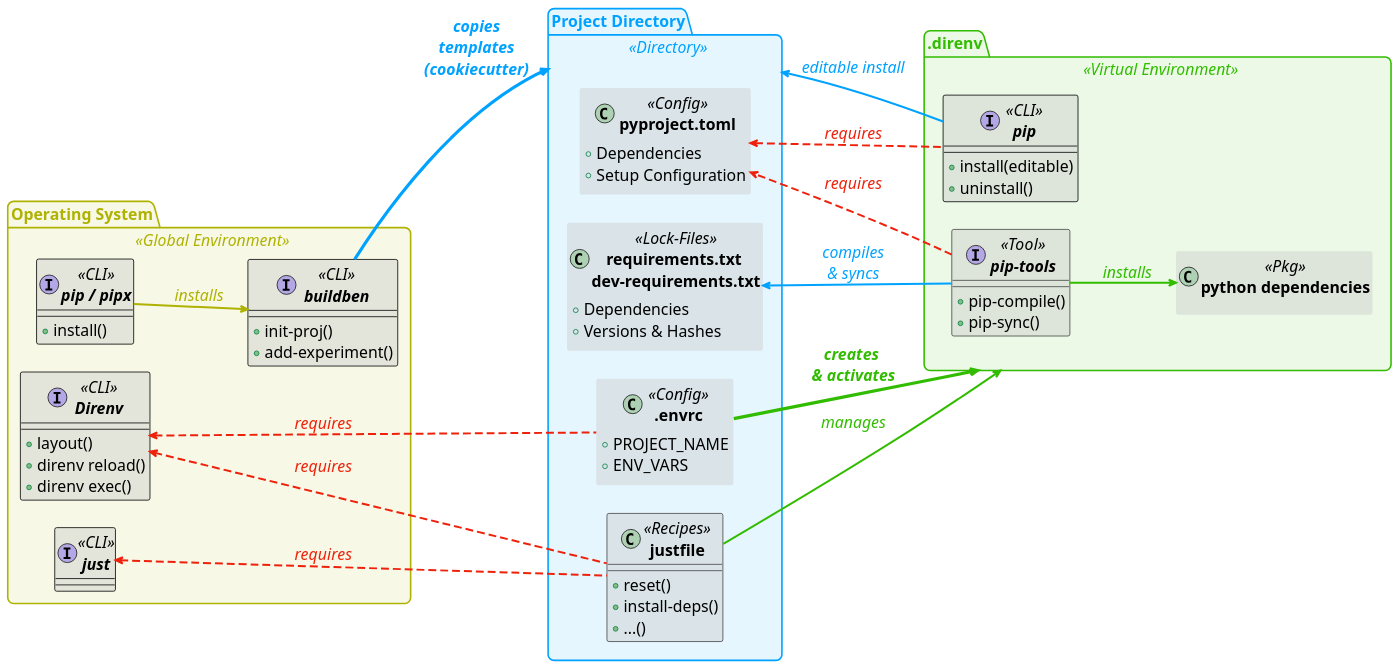
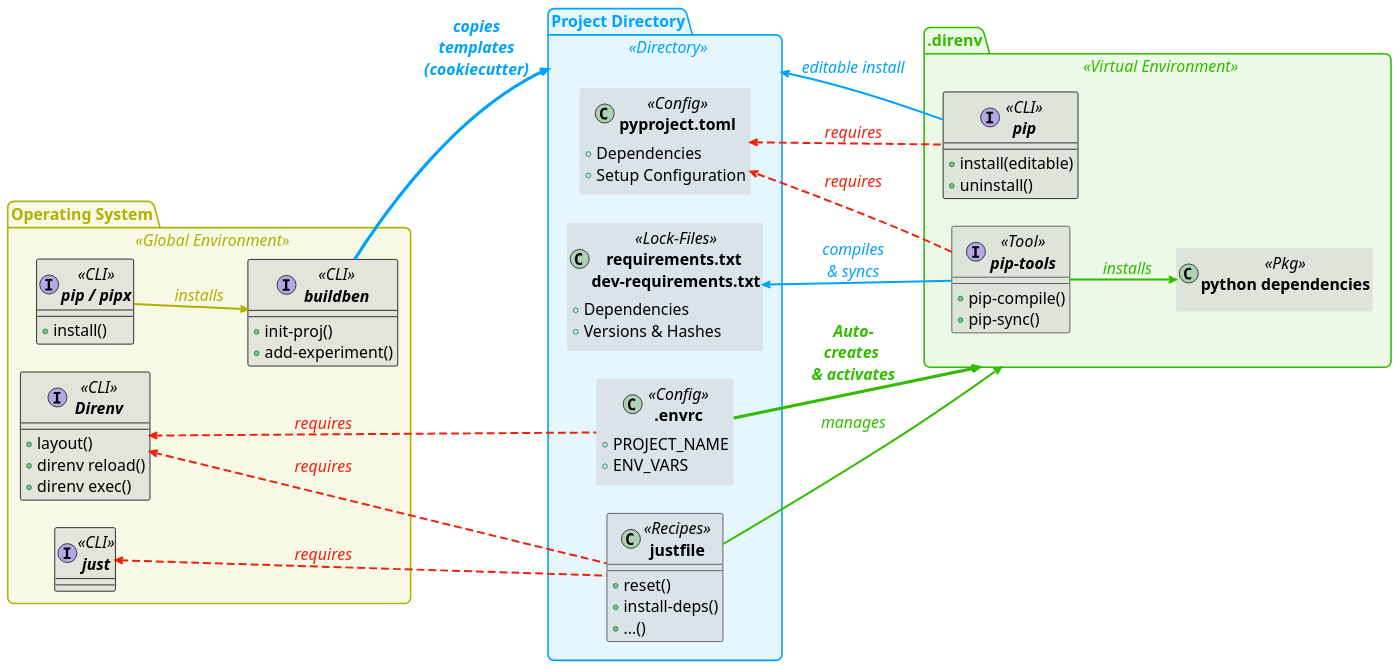
The diagram in assets/figures/diagram.puml (HisQu/buildben), drawn with PlantUML before and after one commit. The commit also changed 6 other files, not shown here.

Commit message:
Updatedsimple figure with new color scheme

```diff
--- a/assets/figures/diagram.puml
+++ b/assets/figures/diagram.puml
@@ -1,183 +1,183 @@
 @startuml
 left to right direction
 ' top to bottom direction
 
 ' === Global look & feel =============
 skinparam defaultFontSize 20
 ' skinparam BackgroundColor #00000010
 skinparam BackgroundColor transparent
 
 ' ======================================
 skinparam package {
     RoundCorner 15
     BorderThickness 2
     ' BackgroundColor #00A2FF19
     ' BorderColor #00A2FF
     ' FontColor   #00A2FF
 }
 skinparam package<<Global Environment>> {
     BackgroundColor #afb20019
     BorderColor #afb200ff
     FontColor   #afb200ff
 }
 skinparam package<<Virtual Environment>>{
     BackgroundColor #32bc0019
     BorderColor #32bc00ff
     FontColor   #32bc00ff
 }
 skinparam package<<Directory>> {
     BackgroundColor #00A2FF19
     BorderColor #00A2FF
     FontColor   #00A2FF
 }
 
 ' ======================================
 skinparam class {
     BackgroundColor #cccccc77
     BorderColor     #444444
     BorderThickness 1
     FontStyle bold
     RoundCorner 15
 }
 skinparam class<<CLI>> {
     BorderColor     #000000
 }
-skinparam class<<Config>><<Pkg>><<Lock-Files>> {
+skinparam class<<Config>><<Pkg>><<Lock-Files>><<File>><<Lock-File>> {
     BorderColor     #000000
     BorderThickness 0
 }
 
 ' =====================================================================
 
 
 
 
 ' === Package: Global Environment =============
 package "Operating System" as GE <<Global Environment>> {
 
     interface "buildben"      as B   <<CLI>>{
         +init-proj()
         +add-experiment()
     }
     interface "pip / pipx"    as PIP <<CLI>>{
         +install()
     }
     
     interface "just"          as J   <<CLI>>
     interface "Direnv"        as D   <<CLI>>{
         +layout()
         +direnv reload()
         +direnv exec()
     }
     
 }
 
 ' === Package: Project Directory =============
 package "Project Directory" as PDIR <<Directory>> {
 
     class "pyproject.toml"                          as PPRT <<Config>> {
         +Dependencies
         +Setup Configuration
     }
     
     class "justfile"                                as JF  <<Recipes>> {
         +reset()
         +install-deps()
         +...()
     }
     
     class ".envrc"                                  as ERC  <<Config>>{
         +PROJECT_NAME
         +ENV_VARS
     }
     
     class "requirements.txt \ndev-requirements.txt" as RE   <<Lock-Files>> {
         +Dependencies
         +Versions & Hashes
     }
 }
 
 ' === Package: Virtual Environment =============
 package ".direnv" as VENV <<Virtual Environment>> {
     interface "pip-tools"               as PT  <<Tool>>{
         +pip-compile()
         +pip-sync()
     }
     class "python dependencies"     as PD  <<Pkg>>
     ' VE o-- PD : contains
     
     interface "pip"                     as PIPvenv <<CLI>> {
         +install(editable)
         +uninstall()
     }
 }
 
 
 ' =====================================================================
 
 ' === Straight Arrows =============
 
 <style>
 arrow {
     LineThickness 2.5
     FontStyle italic
     LineColor #afb200ff
     FontColor   #afb200ff
 }
 
 </style>
 
 PIP --> B : installs
 
 ' =========================
 
 <style>
 arrow {
     LineColor #00A2FF
     FontColor #00A2FF
 }
 </style>
 
 ' PT --> PD <<test>> : installs 
 B -[thickness=4]-> PDIR : **copies**\n**templates**\n**(cookiecutter)** 
 PT  --> RE : compiles\n& syncs
 PDIR <-- PIPvenv : editable install
 
 ' === SPecial Straight Arrows =============
 <style>
 arrow {
     LineColor #32bc00ff
     FontColor #32bc00ff
     LineThickness 2.5
 }
 </style>
 
 ' ERC --> PT : installs
 PT --> PD : installs
-ERC -[thickness=4]-> VENV : **creates** \n**& activates**
+ERC -[thickness=4]-> VENV : **Auto-**\n**creates** \n**& activates**
 JF --> VENV : manages
 
 
 ' === Dependencies =============
 
 <style>
 arrow {
     LineStyle 10-5
     LineColor #EE220C
     FontColor #EE220C
 }
 </style>
 
 
 D   <-- ERC : requires
 J   <-- JF  : requires
 D   <-- JF  : requires
 
 ' JF  --> PT  
 PT --> PPRT : requires
 
 PPRT <-- PIPvenv: requires
 
 ' ERC -left-  JF     : interacts
 ' PPRT ..> PT    : read by
 @enduml
```
